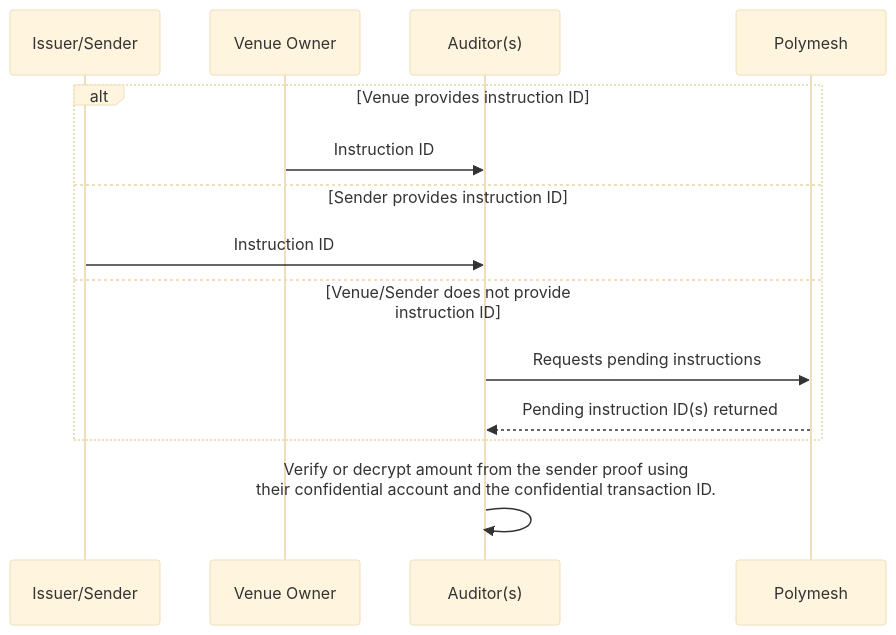
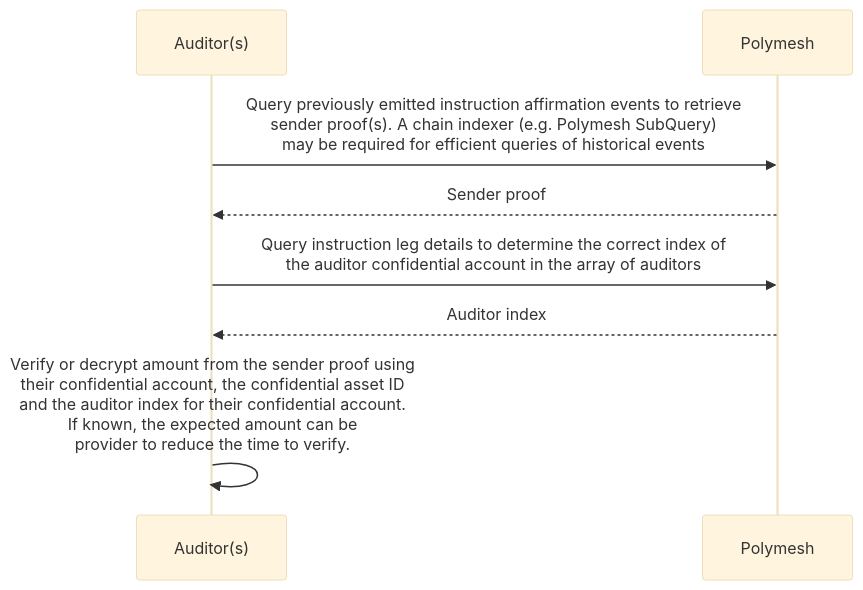
Before and after one commit to PolymeshAssociation/polymesh-documentation-site: the seventh of 9 diagrams in polymesh-docs/polymesh-private/confidential-assets/diagrams.md, drawn with Mermaid (base theme). The commit also changed other lines of this file and 1 other file, not shown here.

Commit message:
Updated, according to PR comments

````diff
--- a/polymesh-docs/polymesh-private/confidential-assets/diagrams.md
+++ b/polymesh-docs/polymesh-private/confidential-assets/diagrams.md
@@ -196,17 +201,11 @@
 ```mermaid
 sequenceDiagram
 
-participant I as Issuer/Sender
-participant V as Venue Owner
 participant A as Auditor(s)
 participant P as Polymesh
-alt Venue provides instruction ID
-  V ->> A: Instruction ID
-else Sender provides instruction ID
-  I ->> A: Instruction ID
-else Venue/Sender does not provide instruction ID
-  A ->>P: Requests pending instructions
-  P -->> A: Pending instruction ID(s) returned
-end
-A ->> A: Verify or decrypt amount from the sender proof using<br>their confidential account and the confidential transaction ID.
+  A ->> P: Query previously emitted instruction affirmation events to retrieve<br>sender proof(s). A chain indexer (e.g. Polymesh SubQuery)<br> may be required for efficient queries of historical events
+  P -->> A: Sender proof
+  A ->> P: Query instruction leg details to determine the correct index of<br>the auditor confidential account in the array of auditors
+  P -->> A: Auditor index
+  A ->> A: Verify or decrypt amount from the sender proof using<br>their confidential account, the confidential asset ID<br>and the auditor index for their confidential account.<br>If known, the expected amount can be<br>provider to reduce the time to verify.
 ```
````
